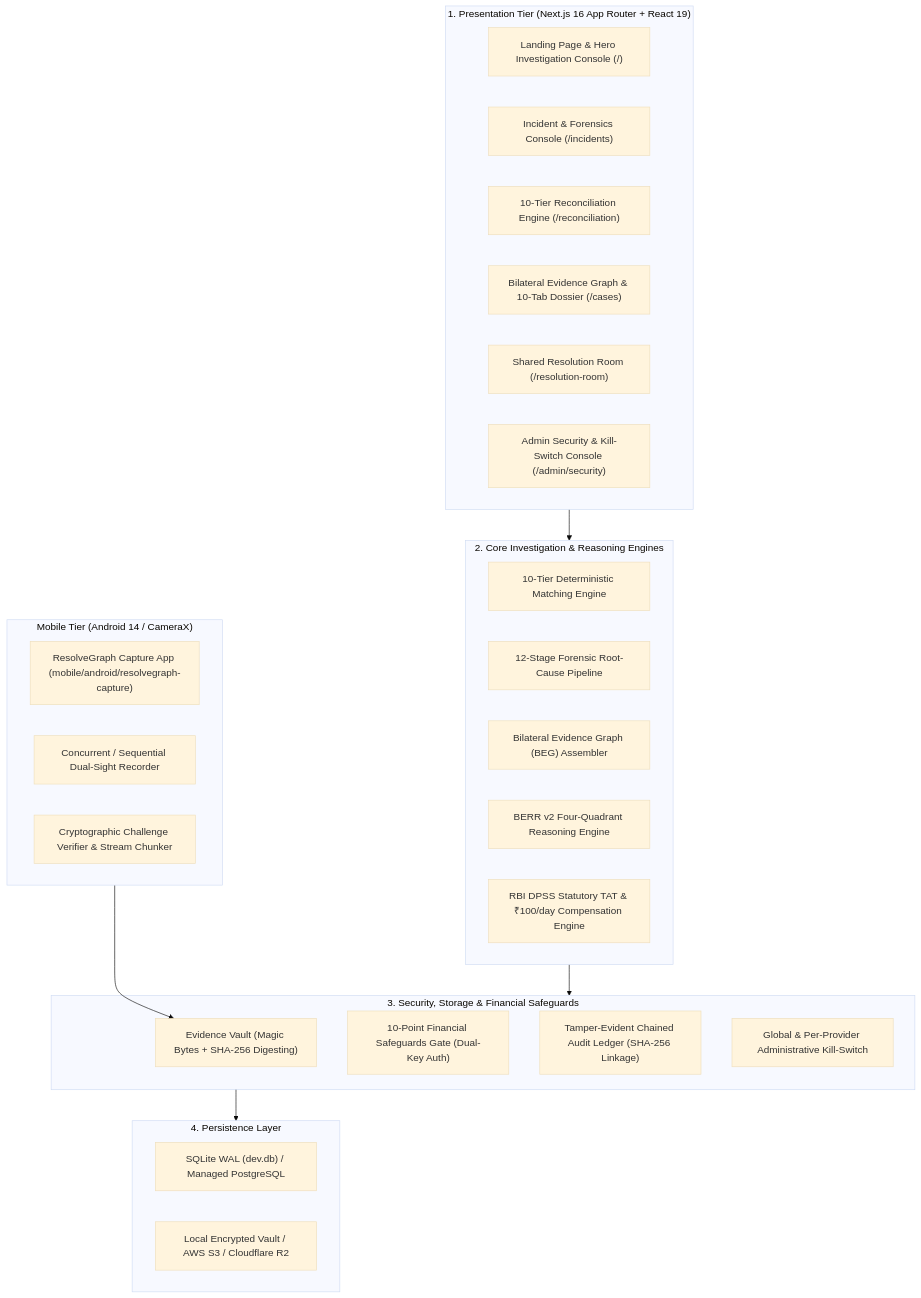
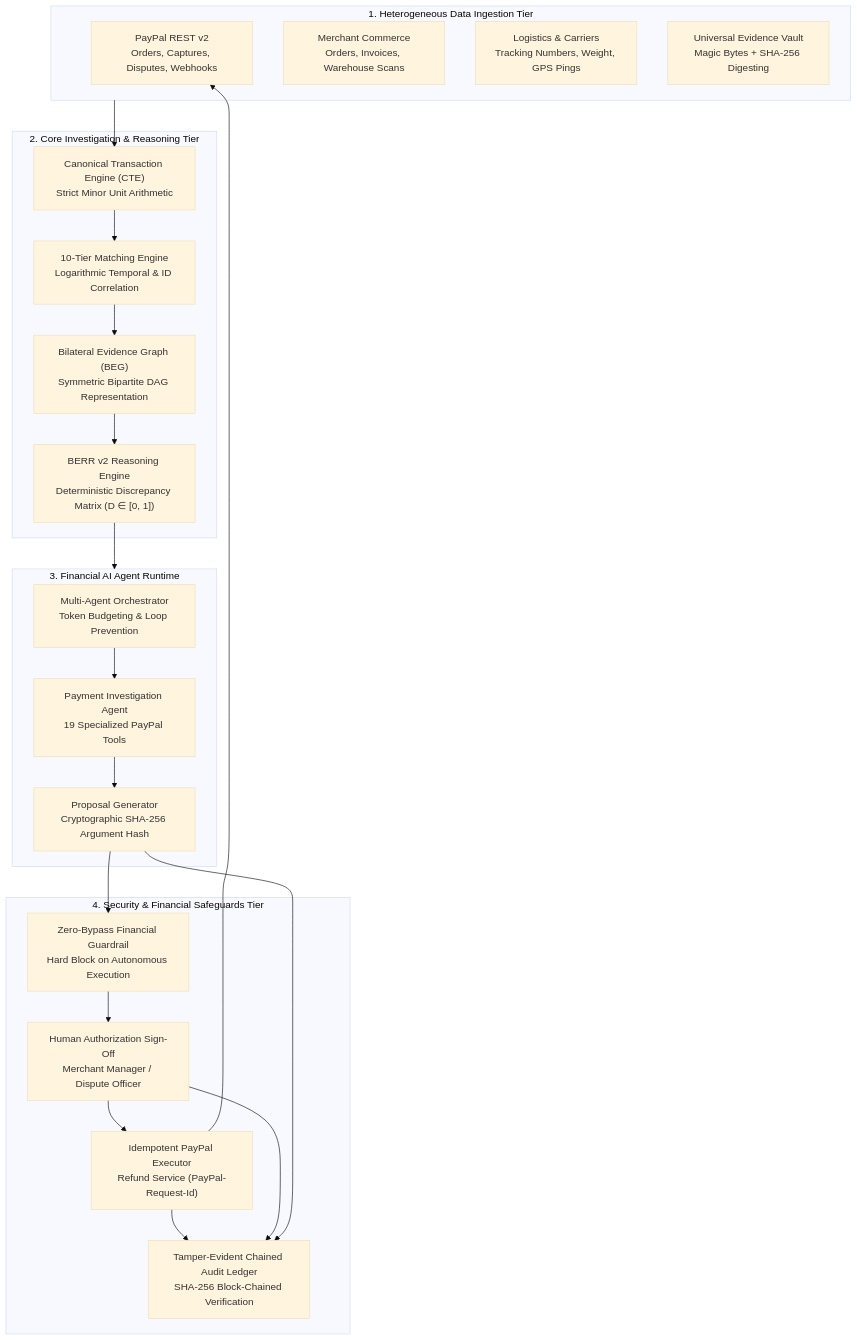
Before and after one commit to bindudharad/RESOLVEGRAPH: the diagram in README.md, drawn with Mermaid (base theme). The commit also changed other lines of this file and 119 other files, not shown here.

````diff
--- a/README.md
+++ b/README.md
@@ -22,42 +36,44 @@
 ```mermaid
 flowchart TD
-    subgraph Presentation["1. Presentation Tier (Next.js 16 App Router + React 19)"]
-        UI1["Landing Page & Hero Investigation Console (/)"]
-        UI2["Incident & Forensics Console (/incidents)"]
-        UI3["10-Tier Reconciliation Engine (/reconciliation)"]
-        UI4["Bilateral Evidence Graph & 10-Tab Dossier (/cases)"]
-        UI5["Shared Resolution Room (/resolution-room)"]
-        UI6["Admin Security & Kill-Switch Console (/admin/security)"]
+    subgraph DataSilos["1. Heterogeneous Data Ingestion Tier"]
+        PPL["PayPal REST v2<br/>Orders, Captures, Disputes, Webhooks"]
+        ECOM["Merchant Commerce<br/>Orders, Invoices, Warehouse Scans"]
+        LOG["Logistics & Carriers<br/>Tracking Numbers, Weight, GPS Pings"]
+        EVD["Universal Evidence Vault<br/>Magic Bytes + SHA-256 Digesting"]
     end
 
-    subgraph Mobile["Mobile Tier (Android 14 / CameraX)"]
-        M1["ResolveGraph Capture App (mobile/android/resolvegraph-capture)"]
-        M2["Concurrent / Sequential Dual-Sight Recorder"]
-        M3["Cryptographic Challenge Verifier & Stream Chunker"]
+    subgraph CoreEngine["2. Core Investigation & Reasoning Tier"]
+        CTE["Canonical Transaction Engine (CTE)<br/>Strict Minor Unit Arithmetic"]
+        MATCH["10-Tier Matching Engine<br/>Logarithmic Temporal & ID Correlation"]
+        BEG["Bilateral Evidence Graph (BEG)<br/>Symmetric Bipartite DAG Representation"]
+        BERR["BERR v2 Reasoning Engine<br/>Deterministic Discrepancy Matrix (D ∈ [0, 1])"]
     end
 
-    subgraph CoreEngine["2. Core Investigation & Reasoning Engines"]
-        E1["10-Tier Deterministic Matching Engine"]
-        E2["12-Stage Forensic Root-Cause Pipeline"]
-        E3["Bilateral Evidence Graph (BEG) Assembler"]
-        E4["BERR v2 Four-Quadrant Reasoning Engine"]
-        E5["RBI DPSS Statutory TAT & ₹100/day Compensation Engine"]
+    subgraph AgentLayer["3. Financial AI Agent Runtime"]
+        ORCH["Multi-Agent Orchestrator<br/>Token Budgeting & Loop Prevention"]
+        PI_AGENT["Payment Investigation Agent<br/>19 Specialized PayPal Tools"]
+        PROP["Proposal Generator<br/>Cryptographic SHA-256 Argument Hash"]
     end
 
-    subgraph SecurityTier["3. Security, Storage & Financial Safeguards"]
-        S1["Evidence Vault (Magic Bytes + SHA-256 Digesting)"]
-        S2["10-Point Financial Safeguards Gate (Dual-Key Auth)"]
-        S3["Tamper-Evident Chained Audit Ledger (SHA-256 Linkage)"]
-        S4["Global & Per-Provider Administrative Kill-Switch"]
+    subgraph Safeguards["4. Security & Financial Safeguards Tier"]
+        GUARD["Zero-Bypass Financial Guardrail<br/>Hard Block on Autonomous Execution"]
+        AUTH["Human Authorization Sign-Off<br/>Merchant Manager / Dispute Officer"]
+        PPL_EXEC["Idempotent PayPal Executor<br/>Refund Service (PayPal-Request-Id)"]
+        AUDIT["Tamper-Evident Chained Audit Ledger<br/>SHA-256 Block-Chained Verification"]
     end
 
-    subgraph DataStorage["4. Persistence Layer"]
-        DB1["SQLite WAL (dev.db) / Managed PostgreSQL"]
-        DB2["Local Encrypted Vault / AWS S3 / Cloudflare R2"]
-    end
-
-    Presentation --> CoreEngine
-    Mobile --> S1
-    CoreEngine --> SecurityTier
-    SecurityTier --> DataStorage
+    DataSilos --> CTE
+    CTE --> MATCH
+    MATCH --> BEG
+    BEG --> BERR
+    BERR --> AgentLayer
+    ORCH --> PI_AGENT
+    PI_AGENT --> PROP
+    PROP --> GUARD
+    GUARD --> AUTH
+    AUTH --> PPL_EXEC
+    PPL_EXEC --> PPL
+    PPL_EXEC --> AUDIT
+    AUTH --> AUDIT
+    PROP --> AUDIT
 ```
````
